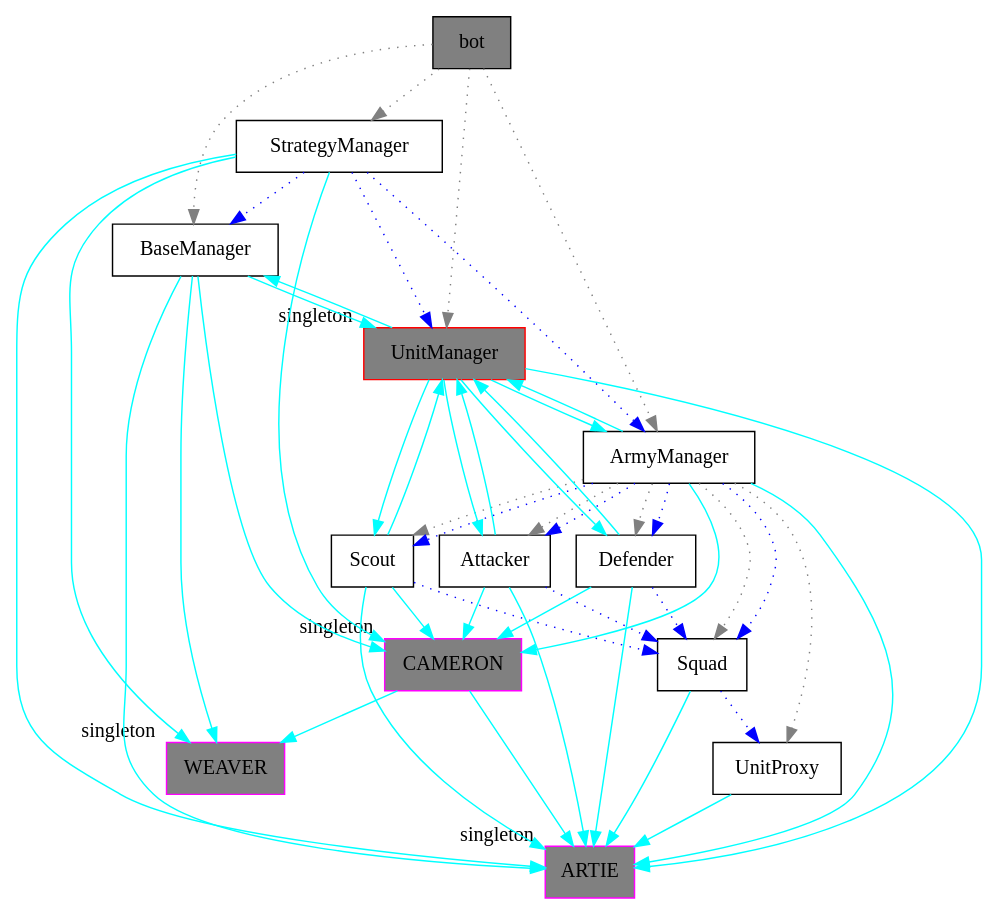
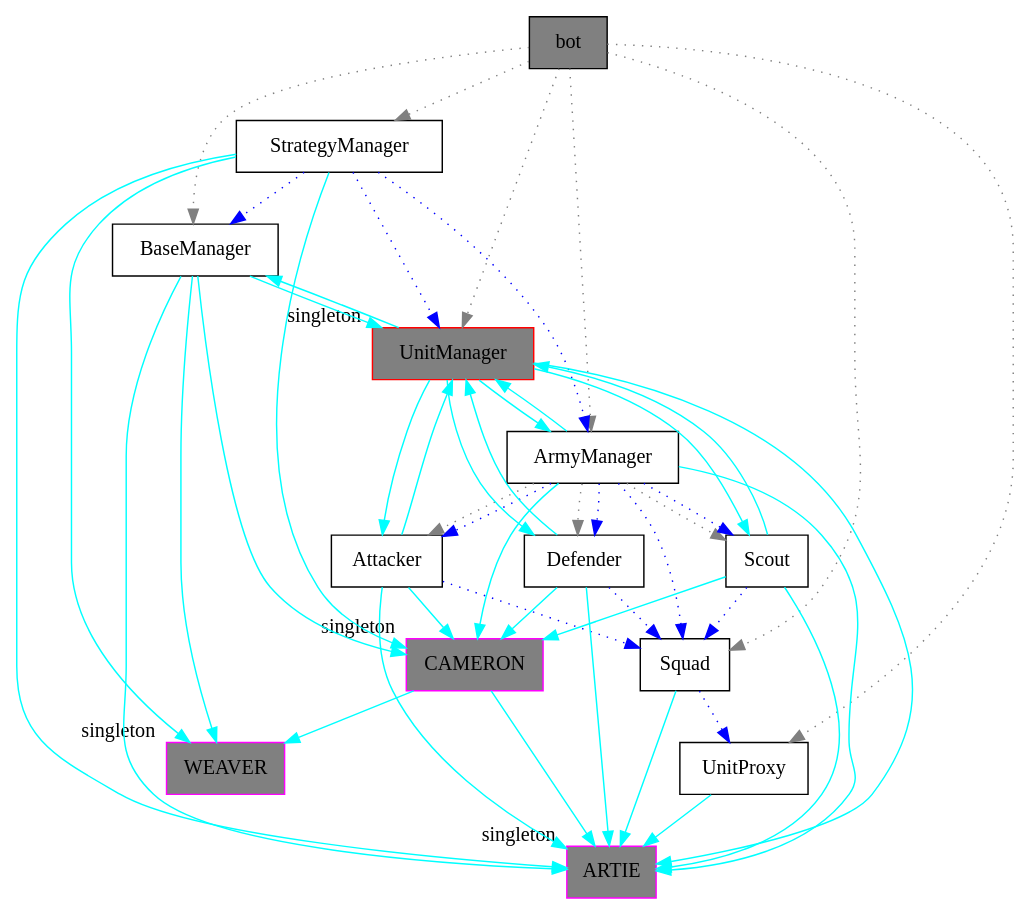
Before and after one commit to cowden/Turk: the diagram in doc/TurkDesign.gv, drawn with Graphviz.

Commit message:
design graph change

```diff
--- a/doc/TurkDesign.gv
+++ b/doc/TurkDesign.gv
@@ -1,94 +1,94 @@
 
 
 digraph cluster_Turk {
 
   node [shape="box"];
 
   bot [label="bot" style=filled fillcolor=grey]; 
   StrategyManager [label="StrategyManager"];
   BaseManager [label="BaseManager"];
   ArmyManager [label="ArmyManager"];
   UnitManager [label="UnitManager" xlabel="singleton" color="red" fillcolor=grey style=filled];
 
   Scout [label="Scout"];
   Attacker [label="Attacker"];
   Defender [label="Defender"];
 
   Squad [label="Squad"];
   UnitProxy [label="UnitProxy"];
 
   node [xlabel="singleton" shape=box style=filled color=magenta fillcolor=grey];
   artie [label="ARTIE"];
   weaver [label="WEAVER"];
   cameron [label="CAMERON"]; 
 
 
   edge [color="grey" style="dotted"];
   bot -> StrategyManager;
   bot -> BaseManager;
   bot -> ArmyManager;
   bot -> UnitManager;
 
-  ArmyManager -> Squad;
-  ArmyManager -> UnitProxy;
+  bot -> Squad;
+  bot -> UnitProxy;
   ArmyManager -> Scout;
   ArmyManager -> Attacker;
   ArmyManager -> Defender;
 
 
   edge [color="blue" style="dotted"];
   StrategyManager -> BaseManager;
   StrategyManager -> ArmyManager;
   StrategyManager -> UnitManager;
 
   ArmyManager -> Scout;
   ArmyManager -> Attacker;
   ArmyManager -> Defender;
 
   ArmyManager -> Squad;
   Squad -> UnitProxy;
 
   Scout -> Squad;
   Attacker -> Squad;
   Defender -> Squad;
 
   edge [color="cyan" style="" penwidth=1];
   StrategyManager -> artie;
   BaseManager -> artie;
   ArmyManager -> artie;
   UnitManager -> artie;
   Scout -> artie;
   Attacker -> artie;
   Defender -> artie;
 
   Squad -> artie;
   UnitProxy -> artie;
 
   BaseManager -> weaver; 
 
 
   StrategyManager -> weaver;
   StrategyManager -> cameron;
   ArmyManager -> cameron;
   Scout -> cameron;
   Attacker -> cameron;
   Defender -> cameron;
   BaseManager -> cameron;
   
   cameron -> artie;
   cameron -> weaver;
 
 
   BaseManager -> UnitManager;
   UnitManager -> BaseManager;
   ArmyManager -> UnitManager;
   UnitManager -> ArmyManager;
   Scout -> UnitManager;
   UnitManager -> Scout;
   Defender -> UnitManager;
   UnitManager -> Defender;
   Attacker -> UnitManager;
   UnitManager -> Attacker;
   
 
 }
```
